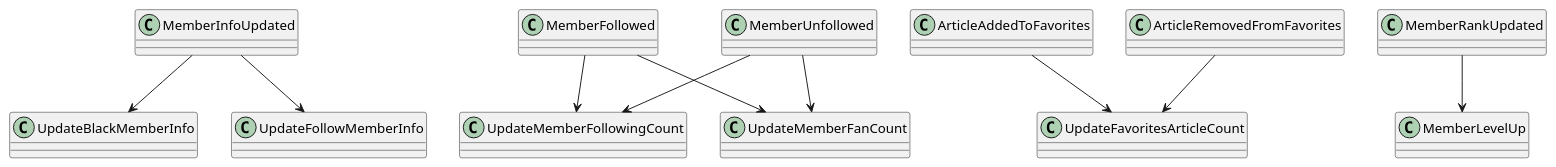
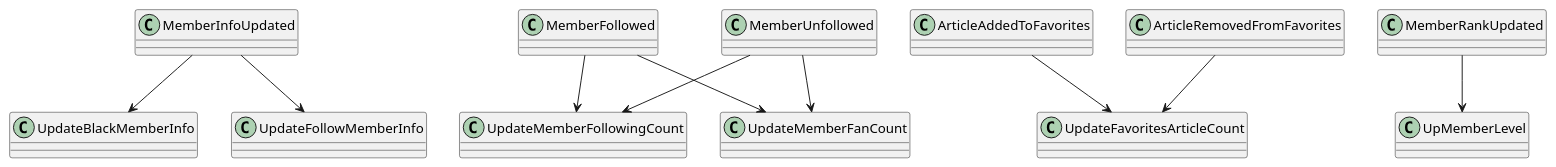
One commit to LDmoxeii/only4-KSP-cap4j changed the diagram in design/domain/member/relationEC.puml. Above: the diagram before and after it, drawn with PlantUML. The commit also changed 25 other files, not shown here.

```diff
--- a/design/domain/member/relationEC.puml
+++ b/design/domain/member/relationEC.puml
@@ -1,11 +1,11 @@
 @startuml
 MemberInfoUpdated           -down-> UpdateBlackMemberInfo
 MemberInfoUpdated           -down-> UpdateFollowMemberInfo
 MemberFollowed              -down-> UpdateMemberFollowingCount
 MemberFollowed              -down-> UpdateMemberFanCount
 MemberUnfollowed            -down-> UpdateMemberFollowingCount
 MemberUnfollowed            -down-> UpdateMemberFanCount
 ArticleAddedToFavorites     -down-> UpdateFavoritesArticleCount
 ArticleRemovedFromFavorites -down-> UpdateFavoritesArticleCount
-MemberRankUpdated           -down-> MemberLevelUp
+MemberRankUpdated           -down-> UpMemberLevel
 @enduml
```
